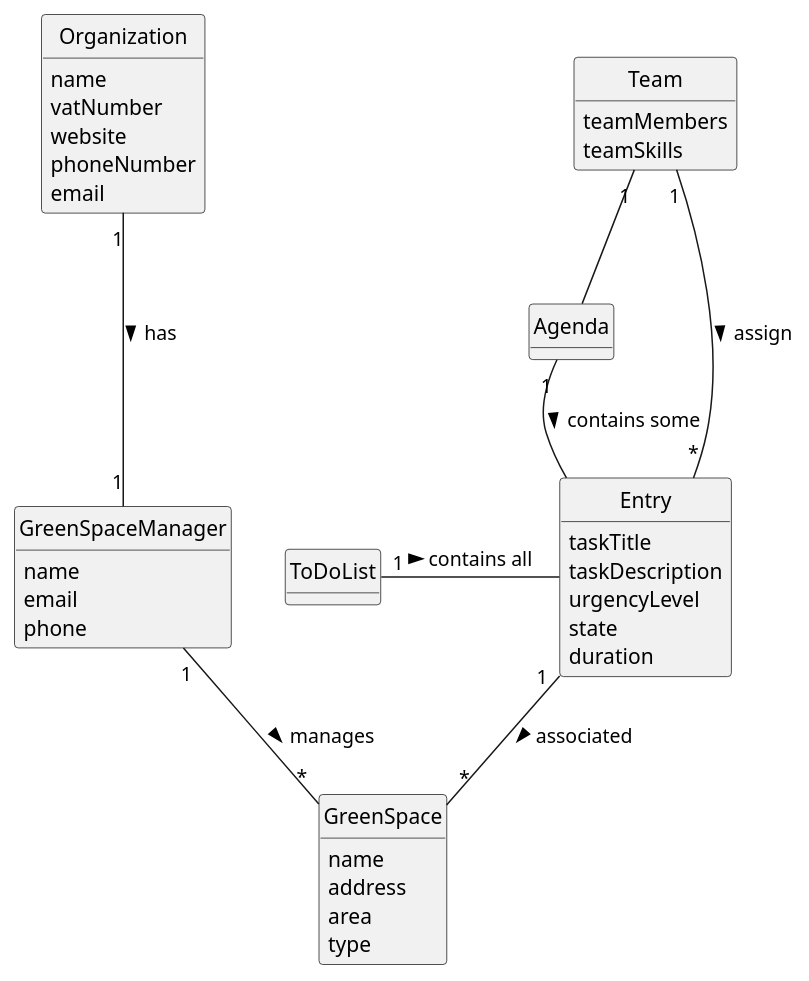
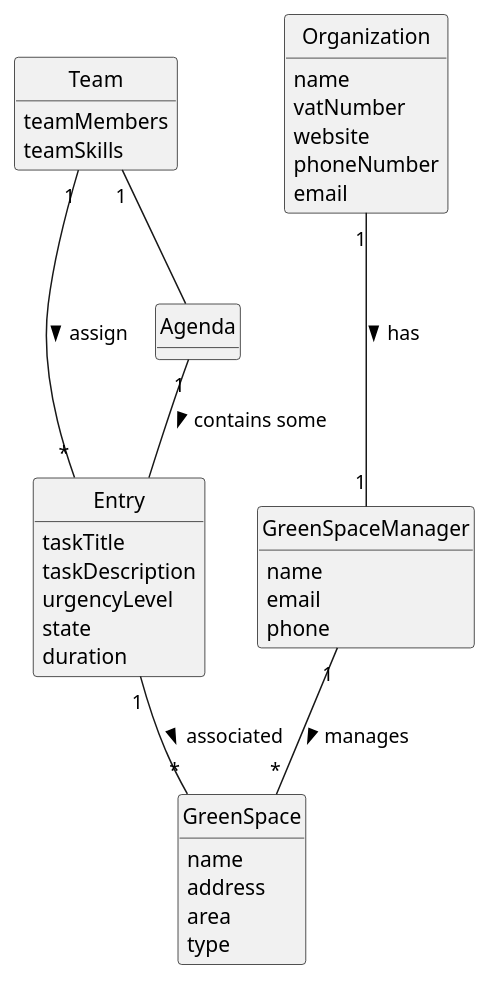
One commit to Departamento-de-Engenharia-Informatica/lei-24-s2-1dkl-g134 changed the diagram in docs/sprintC/us023/02.analysis/puml/us023-domain-model.puml. Above: the diagram before and after it, drawn with PlantUML.

Commit message:
small change us23

```diff
--- a/docs/sprintC/us023/02.analysis/puml/us023-domain-model.puml
+++ b/docs/sprintC/us023/02.analysis/puml/us023-domain-model.puml
@@ -1,61 +1,58 @@
 @startuml
 skinparam monochrome true
 skinparam packageStyle rectangle
 skinparam shadowing false
 skinparam classAttributeIconSize 0
 hide circle
 hide methods
 
 
 class Organization {
     name
     vatNumber
     website
     phoneNumber
     email
 }
 
 class GreenSpace {
    name
    address
    area
    type
 }
 
 class Entry {
   taskTitle
   taskDescription
   urgencyLevel
   state
   duration
 }
 
 class GreenSpaceManager {
     name
     email
     phone
 }
 
 class Agenda{
 
 }
 
-class ToDoList{
 
-}
 
 class Team{
     teamMembers
     teamSkills
 }
 
 
 
 Organization "1" --- "1" GreenSpaceManager : has >
 Entry "1" --"*" GreenSpace: associated >
 GreenSpaceManager "1" -- "*" GreenSpace : manages >
-ToDoList "1" -  Entry : contains all >
 Agenda "1" --  Entry : contains some >
 Team "1" - "*" Entry: assign >
 Team"1"-- Agenda
 @enduml
```
